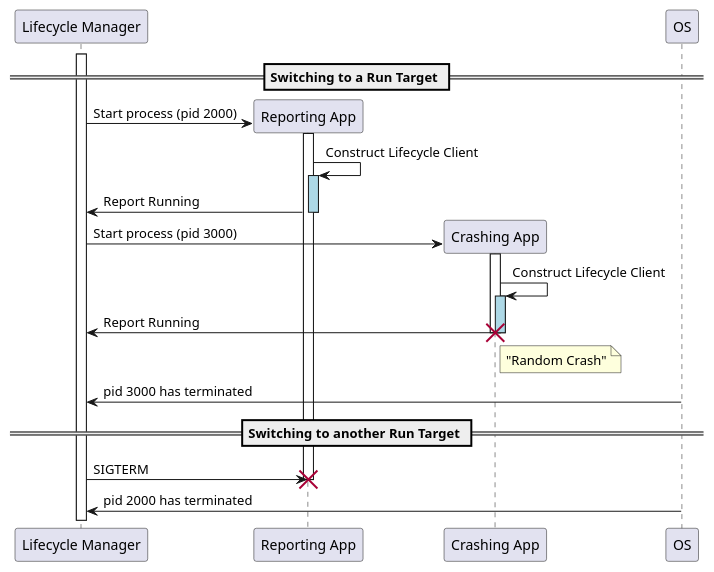
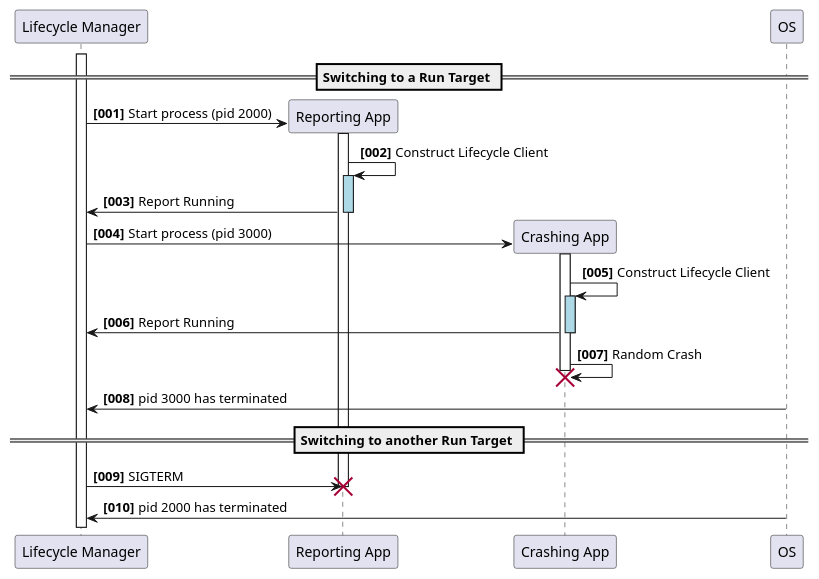
Before and after one commit to etas-contrib/score_lifecycle: the diagram in docs/features/lifecycle/architecture/dynamic_architecture/_assets/dyn_arch_lcm_lc.puml, drawn with PlantUML. The commit also changed 12 other files, not shown here.

```diff
--- a/docs/features/lifecycle/architecture/dynamic_architecture/_assets/dyn_arch_lcm_lc.puml
+++ b/docs/features/lifecycle/architecture/dynamic_architecture/_assets/dyn_arch_lcm_lc.puml
@@ -14,36 +14,37 @@
 @startuml
+autonumber "<b>[000]"
 
 participant "Lifecycle Manager" as lcm
 participant "Reporting App" as app
 participant "Crashing App" as capp
 
 activate lcm
 
 == Switching to a Run Target ==
 
 lcm -> app ** : Start process (pid 2000)
 activate app
 app -> app: Construct Lifecycle Client
 activate app #LightBlue
 app -> lcm : Report Running
 deactivate app
 
 lcm -> capp ** : Start process (pid 3000)
 activate capp
 
 capp -> capp: Construct Lifecycle Client
 activate capp #LightBlue
 capp -> lcm: Report Running
-note right of capp: "Random Crash"
 deactivate capp
+capp -> capp: Random Crash
 
 destroy capp
 OS -> lcm: pid 3000 has terminated
 
 == Switching to another Run Target ==
 
 lcm -> app: SIGTERM
 destroy app
 OS -> lcm : pid 2000 has terminated
 
 @enduml
```
